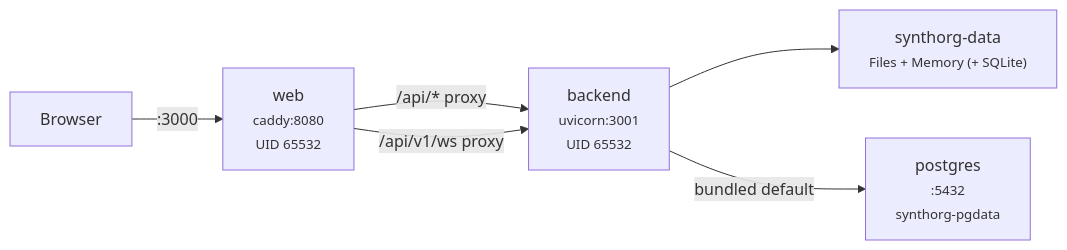
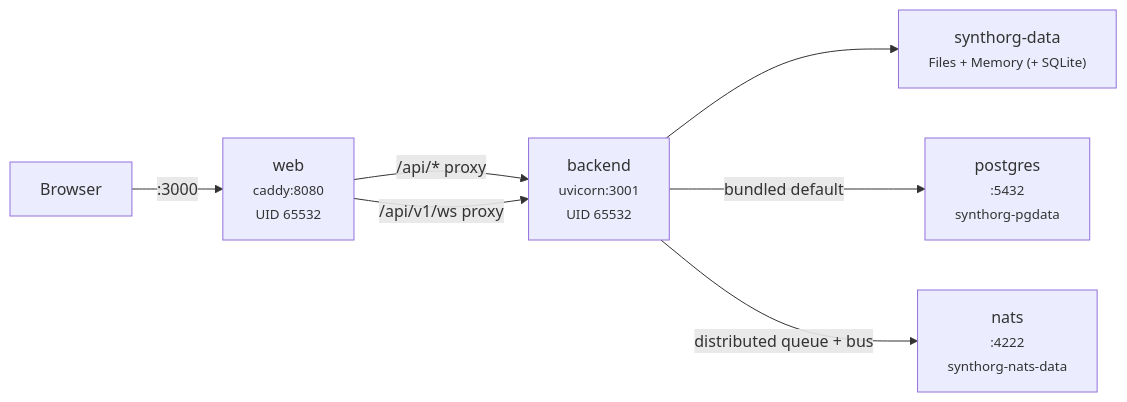
Before and after one commit to Aureliolo/synthorg: the diagram in docs/guides/deployment.md, drawn with Mermaid. The commit also changed other lines of this file and 140 other files, not shown here.

````diff
--- a/docs/guides/deployment.md
+++ b/docs/guides/deployment.md
@@ -14,14 +14,16 @@
 ```mermaid
 graph LR
     User["Browser"]
     Web["web<br/><small>caddy:8080</small><br/><small>UID 65532</small>"]
     Backend["backend<br/><small>uvicorn:3001</small><br/><small>UID 65532</small>"]
     Volume["synthorg-data<br/><small>Files + Memory (+ SQLite)</small>"]
     Postgres["postgres<br/><small>:5432</small><br/><small>synthorg-pgdata</small>"]
+    Nats["nats<br/><small>:4222</small><br/><small>synthorg-nats-data</small>"]
 
     User -->|":3000"| Web
     Web -->|"/api/* proxy"| Backend
     Web -->|"/api/v1/ws proxy"| Backend
     Backend --> Volume
     Backend -->|"bundled default"| Postgres
+    Backend -->|"distributed queue + bus"| Nats
 ```
````
